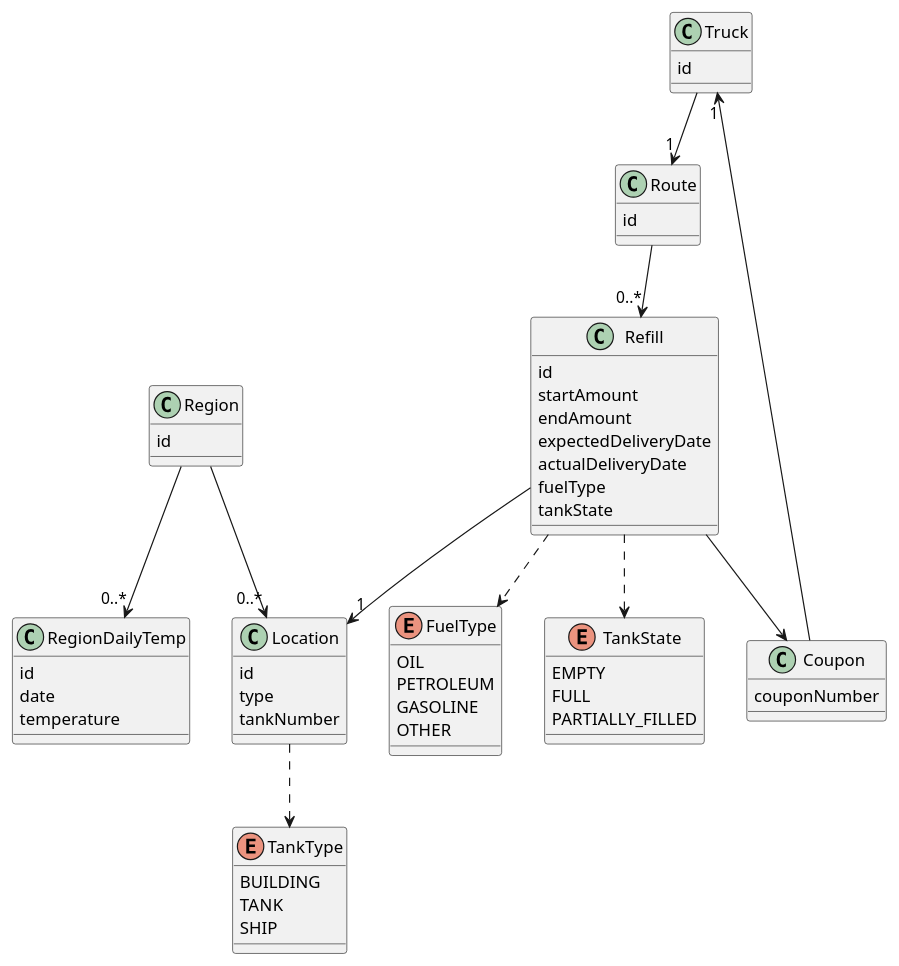
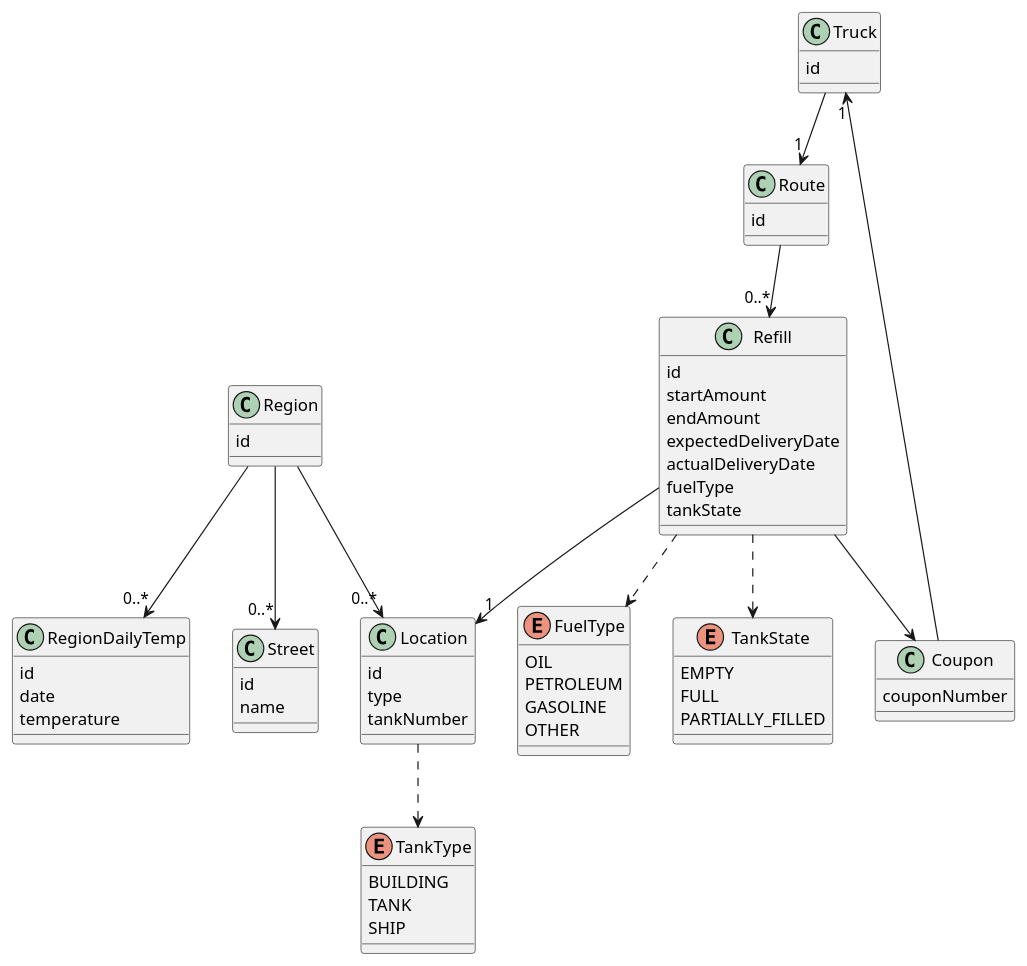
One commit to IT-Minds/client_comby_oilcontrols changed the diagram in docs/entity-datamodel.md. Above: the diagram before and after it, drawn with PlantUML. The commit also changed 1 other file, not shown here.

Commit message:
updated the DM diagram and a quick todo into location.

````diff
--- a/docs/entity-datamodel.md
+++ b/docs/entity-datamodel.md
@@ -5,72 +5,78 @@
 ```plantuml
 @startuml
 class Truck {
   id
 }
 
 class Route {
   id
 }
 
 class Location {
   id
   type
   tankNumber
 }
 
 class Refill {
   id
   startAmount
   endAmount
   expectedDeliveryDate
   actualDeliveryDate
   fuelType
   tankState
 }
 
 class Region {
   id
 }
 
 class RegionDailyTemp {
   id
   date
   temperature
 }
 
+class Street {
+  id
+  name
+}
+
 enum FuelType {
   OIL
   PETROLEUM
   GASOLINE
   OTHER
 }
 
 enum TankType {
   BUILDING
   TANK
   SHIP
 }
 
 enum TankState {
   EMPTY
   FULL
   PARTIALLY_FILLED
 }
 
 class Coupon {
   couponNumber
 }
 
 Truck --> "1" Route
 Route --> "0..*" Refill
 Refill --> "1" Location
 Refill --> Coupon
 Refill ..> FuelType
 Location ..> TankType
 Refill ..> TankState
 Truck "1" <-- Coupon
 Region --> "0..*" Location
 Region --> "0..*" RegionDailyTemp
+Region --> "0..*" Street
 @enduml
 
 ```
````
